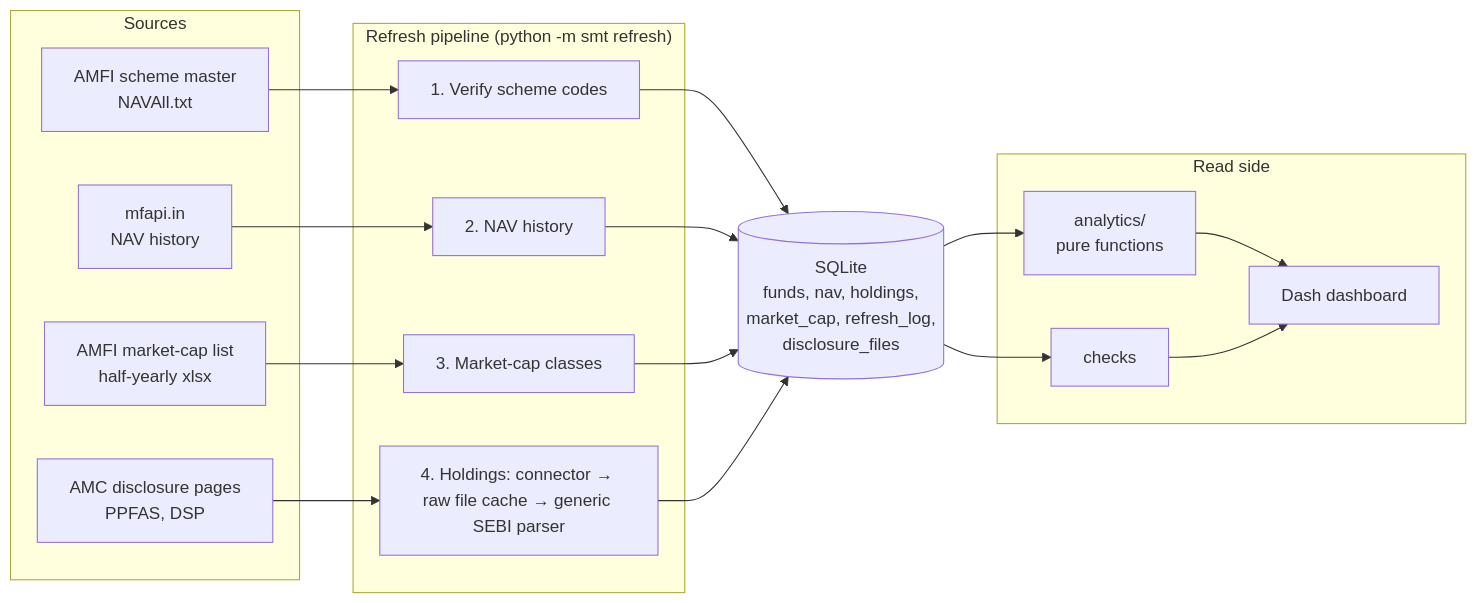
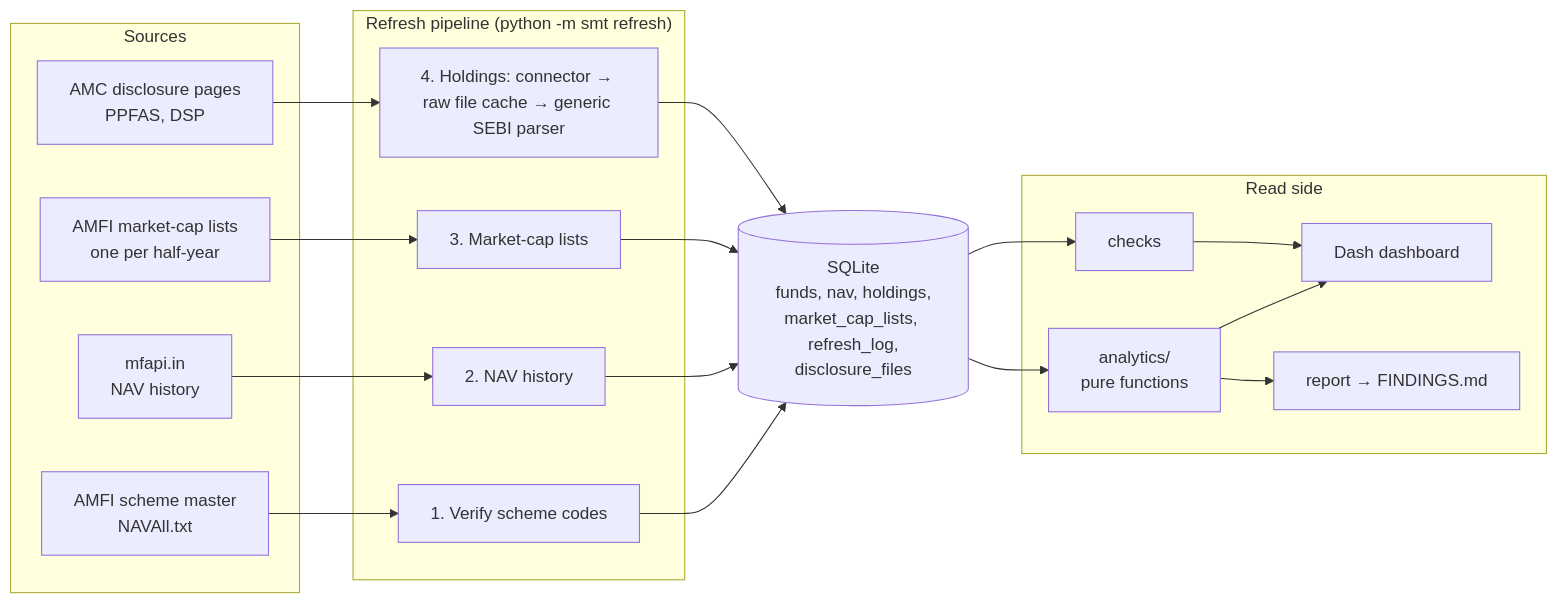
The diagram in README.md (eeshsaxena/smart-money-tracker), drawn with Mermaid before and after one commit. The commit also changed other lines of this file and 32 other files, not shown here.

````diff
--- a/README.md
+++ b/README.md
@@ -44,27 +55,29 @@
 ```mermaid
 flowchart LR
     subgraph Sources
         A[AMFI scheme master<br/>NAVAll.txt]
         B[mfapi.in<br/>NAV history]
-        C[AMFI market-cap list<br/>half-yearly xlsx]
+        C[AMFI market-cap lists<br/>one per half-year]
         D[AMC disclosure pages<br/>PPFAS, DSP]
     end
     subgraph "Refresh pipeline (python -m smt refresh)"
         V[1. Verify scheme codes]
         N[2. NAV history]
-        M[3. Market-cap classes]
+        M[3. Market-cap lists]
         H[4. Holdings: connector → raw file cache → generic SEBI parser]
     end
-    DB[(SQLite<br/>funds, nav, holdings,<br/>market_cap, refresh_log,<br/>disclosure_files)]
+    DB[(SQLite<br/>funds, nav, holdings,<br/>market_cap_lists, refresh_log,<br/>disclosure_files)]
     subgraph "Read side"
         AN[analytics/<br/>pure functions]
         UI[Dash dashboard]
         CK[checks]
+        RP[report → FINDINGS.md]
     end
     A --> V --> DB
     B --> N --> DB
     C --> M --> DB
     D --> H --> DB
     DB --> AN --> UI
+    AN --> RP
     DB --> CK --> UI
 ```
````
